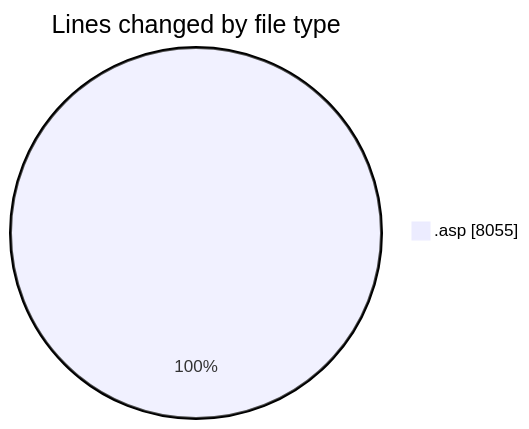
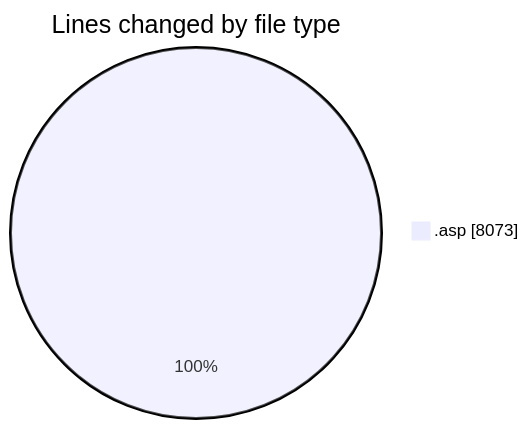
Before and after one commit to julien-gomy/code-tracking: the first of 2 diagrams in 2025-11-15/cdp_aleoudev_fr__workspace_/README.md, drawn with Mermaid. The commit also changed other lines of this file and 1 other file, not shown here.

````diff
--- a/2025-11-15/cdp_aleoudev_fr__workspace_/README.md
+++ b/2025-11-15/cdp_aleoudev_fr__workspace_/README.md
@@ -32,5 +32,5 @@
 ```mermaid
 pie showData
 title Lines changed by file type
-".asp" : 8055
+".asp" : 8073
 ```
````
